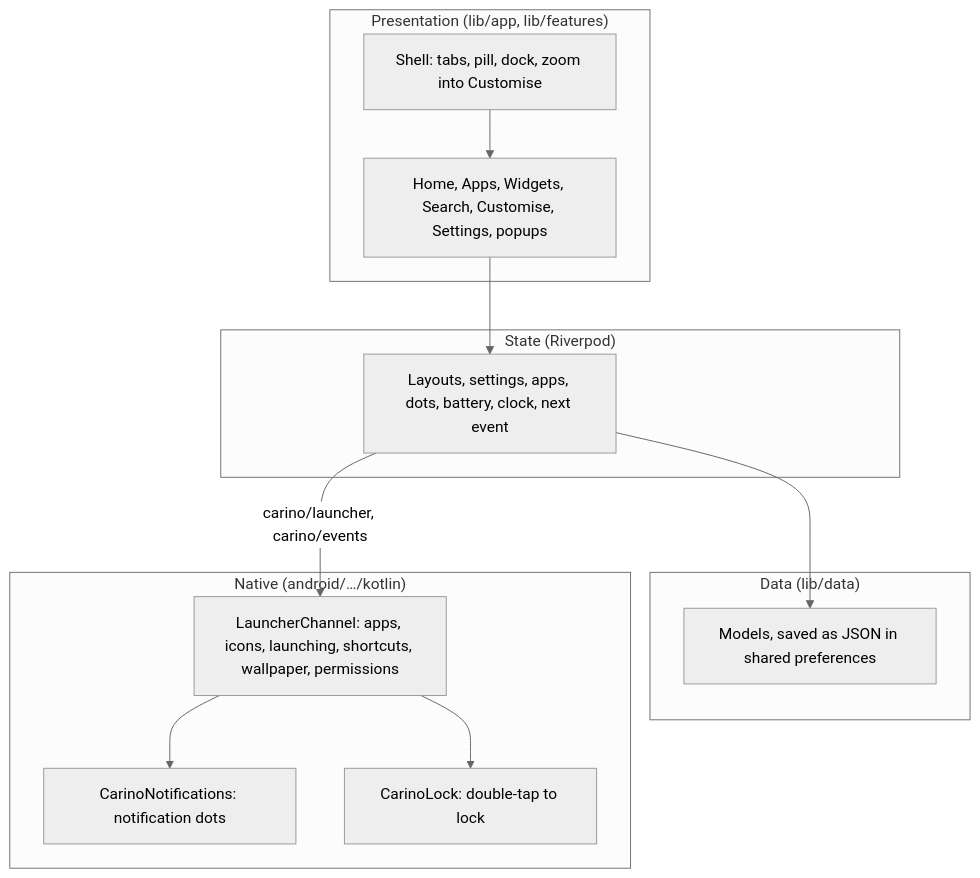
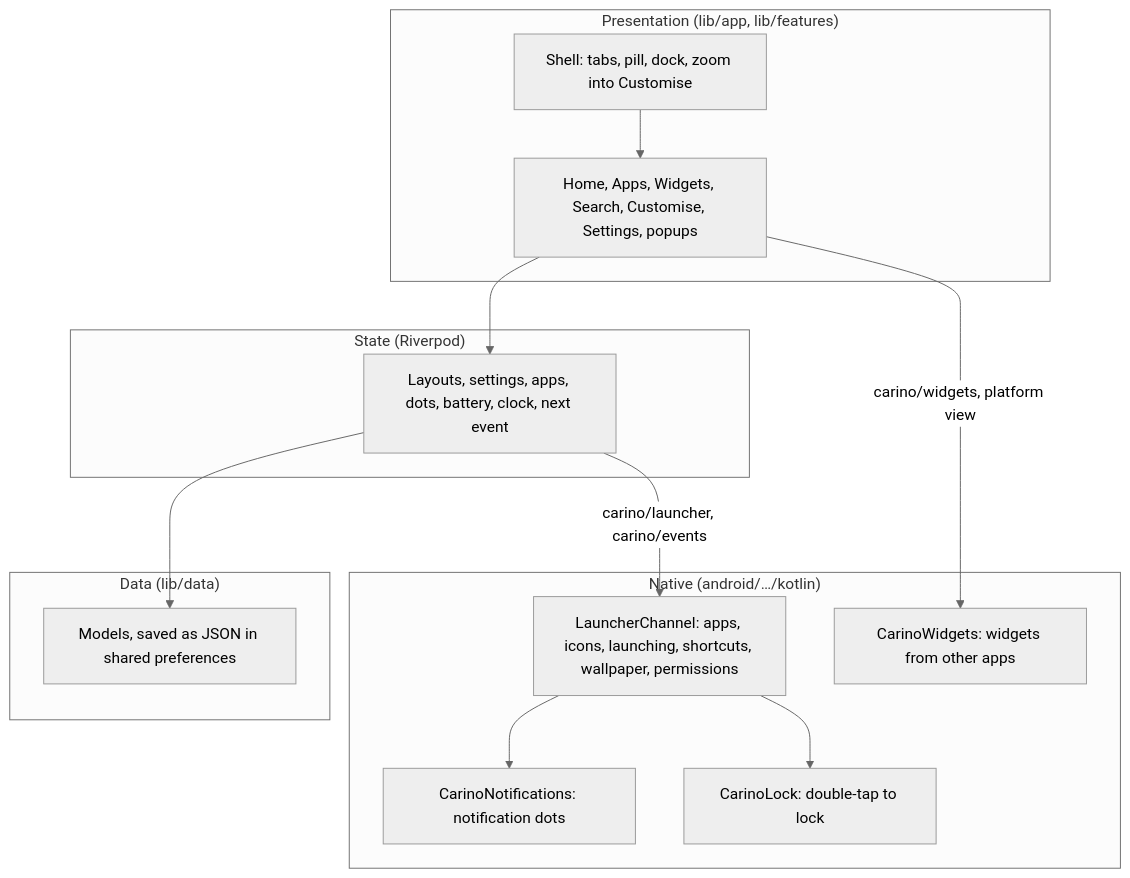
One commit to isg32/carino changed the diagram in README.md. Above: the diagram before and after it, drawn with Mermaid (neutral theme). The commit also changed other lines of this file and 5 other files, not shown here.

````diff
--- a/README.md
+++ b/README.md
@@ -92,22 +93,24 @@
 ```mermaid
 flowchart TB
     subgraph UI["Presentation (lib/app, lib/features)"]
         shell["Shell: tabs, pill, dock, zoom into Customise"]
         pages["Home, Apps, Widgets, Search, Customise, Settings, popups"]
     end
     subgraph State["State (Riverpod)"]
         providers["Layouts, settings, apps, dots, battery, clock, next event"]
     end
     subgraph Data["Data (lib/data)"]
         prefs["Models, saved as JSON in shared preferences"]
     end
     subgraph Native["Native (android/…/kotlin)"]
         channel["LauncherChannel: apps, icons, launching, shortcuts, wallpaper, permissions"]
         dots["CarinoNotifications: notification dots"]
         lock["CarinoLock: double-tap to lock"]
+        hosted["CarinoWidgets: widgets from other apps"]
     end
     shell --> pages --> providers --> prefs
     providers -- "carino/launcher, carino/events" --> channel
     channel --> dots
     channel --> lock
+    pages -- "carino/widgets, platform view" --> hosted
 ```
````
